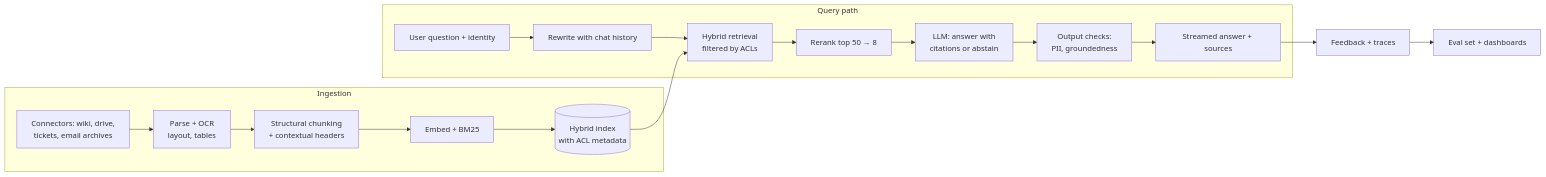
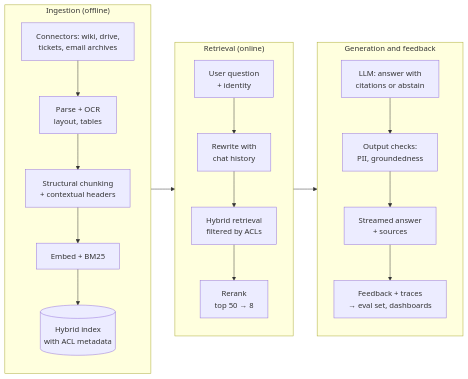
One commit to rajan-021/AI-ML changed the diagram in docs/production/genai-system-design.md. Above: the diagram before and after it, drawn with Mermaid. The commit also changed 20 other files, not shown here.

First line of the commit message:
Make diagrams readable at the content width

````diff
--- a/docs/production/genai-system-design.md
+++ b/docs/production/genai-system-design.md
@@ -39,20 +39,23 @@
 ```mermaid
 flowchart LR
-    subgraph ING["Ingestion"]
+    subgraph ING["Ingestion (offline)"]
+        direction TB
         S["Connectors: wiki, drive,<br/>tickets, email archives"] --> P["Parse + OCR<br/>layout, tables"]
         P --> C["Structural chunking<br/>+ contextual headers"]
         C --> E["Embed + BM25"]
         E --> IDX[("Hybrid index<br/>with ACL metadata")]
     end
-    subgraph Q["Query path"]
-        U["User question + identity"] --> RW["Rewrite with chat history"]
+    subgraph Q["Retrieval (online)"]
+        direction TB
+        U["User question<br/>+ identity"] --> RW["Rewrite with<br/>chat history"]
         RW --> R["Hybrid retrieval<br/>filtered by ACLs"]
-        IDX --> R
-        R --> RR["Rerank top 50 → 8"]
-        RR --> G["LLM: answer with<br/>citations or abstain"]
-        G --> GR["Output checks:<br/>PII, groundedness"]
-        GR --> UI["Streamed answer + sources"]
+        R --> RR["Rerank<br/>top 50 → 8"]
     end
-    UI --> FB["Feedback + traces"]
-    FB --> EV["Eval set + dashboards"]
+    subgraph GEN["Generation and feedback"]
+        direction TB
+        G["LLM: answer with<br/>citations or abstain"] --> GR["Output checks:<br/>PII, groundedness"]
+        GR --> UI["Streamed answer<br/>+ sources"]
+        UI --> FB["Feedback + traces<br/>→ eval set, dashboards"]
+    end
+    ING --> Q --> GEN
 ```
````
